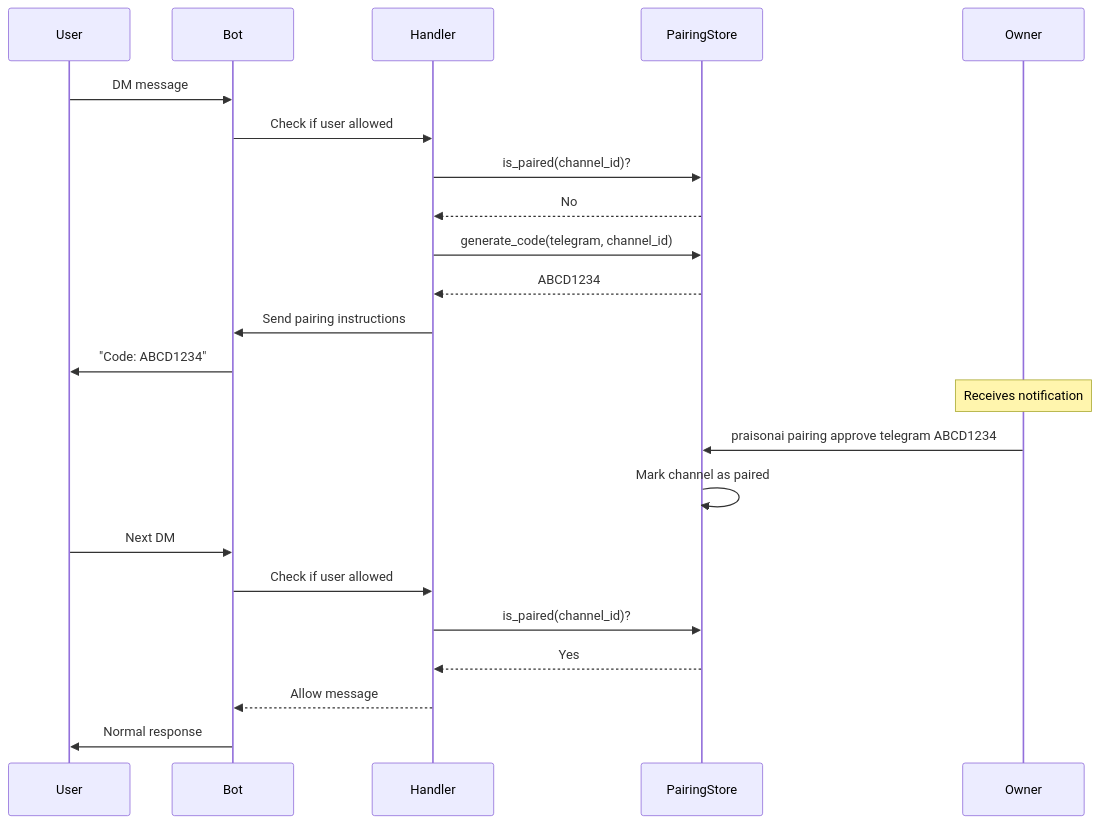
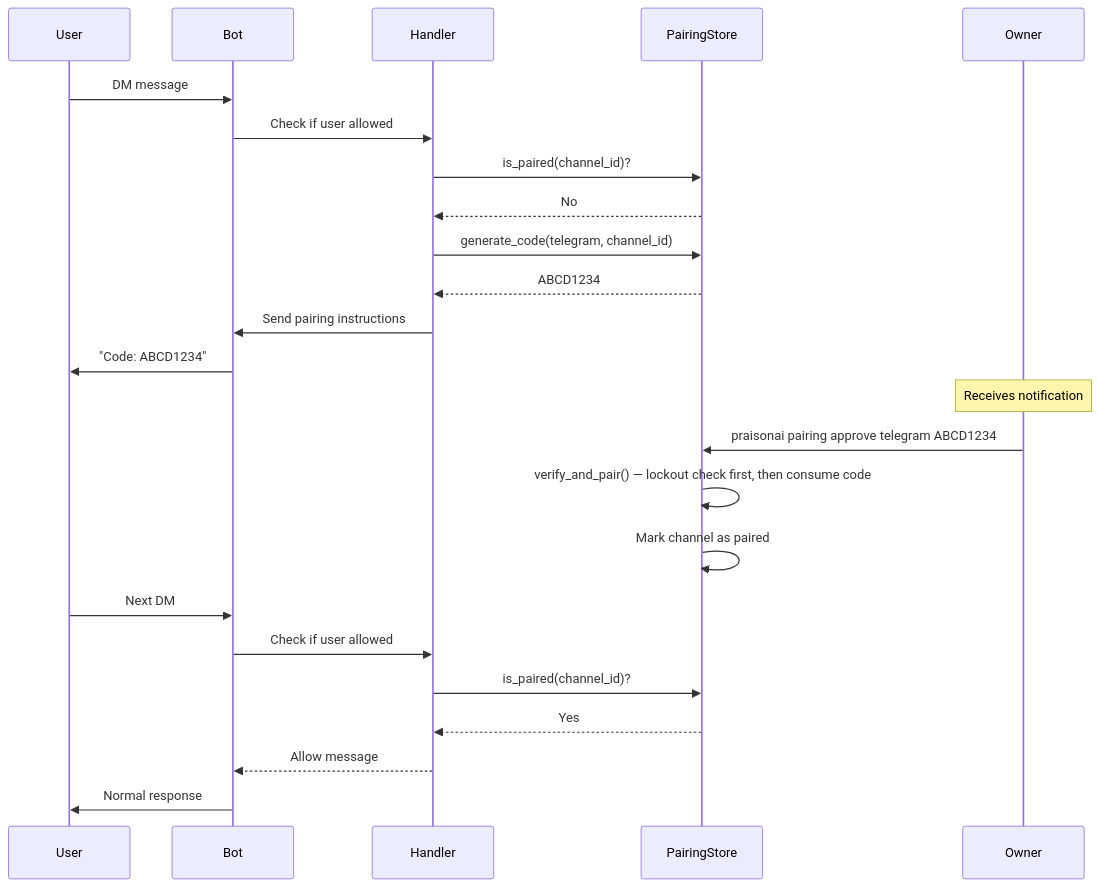
Before and after one commit to MervinPraison/PraisonAIDocs: the second of 6 diagrams in docs/features/bot-pairing.mdx, drawn with Mermaid. The commit also changed other lines of this file, not shown here.

Commit message:
docs(bot-pairing): document at-rest hashing, lockout, and unambiguous alphabet (PraisonAI #3974)

````diff
--- a/docs/features/bot-pairing.mdx
+++ b/docs/features/bot-pairing.mdx
@@ -95,28 +95,29 @@
 ```mermaid
 sequenceDiagram
     participant User
     participant Bot
     participant Handler
     participant PairingStore
     participant Owner
     
     User->>Bot: DM message
     Bot->>Handler: Check if user allowed
     Handler->>PairingStore: is_paired(channel_id)?
     PairingStore-->>Handler: No
     Handler->>PairingStore: generate_code(telegram, channel_id)
     PairingStore-->>Handler: ABCD1234
     Handler->>Bot: Send pairing instructions
     Bot->>User: "Code: ABCD1234"
     
     Note over Owner: Receives notification
     Owner->>PairingStore: praisonai pairing approve telegram ABCD1234
+    PairingStore->>PairingStore: verify_and_pair() — lockout check first, then consume code
     PairingStore->>PairingStore: Mark channel as paired
     
     User->>Bot: Next DM
     Bot->>Handler: Check if user allowed
     Handler->>PairingStore: is_paired(channel_id)?
     PairingStore-->>Handler: Yes
     Handler-->>Bot: Allow message
     Bot->>User: Normal response
 ```
````
